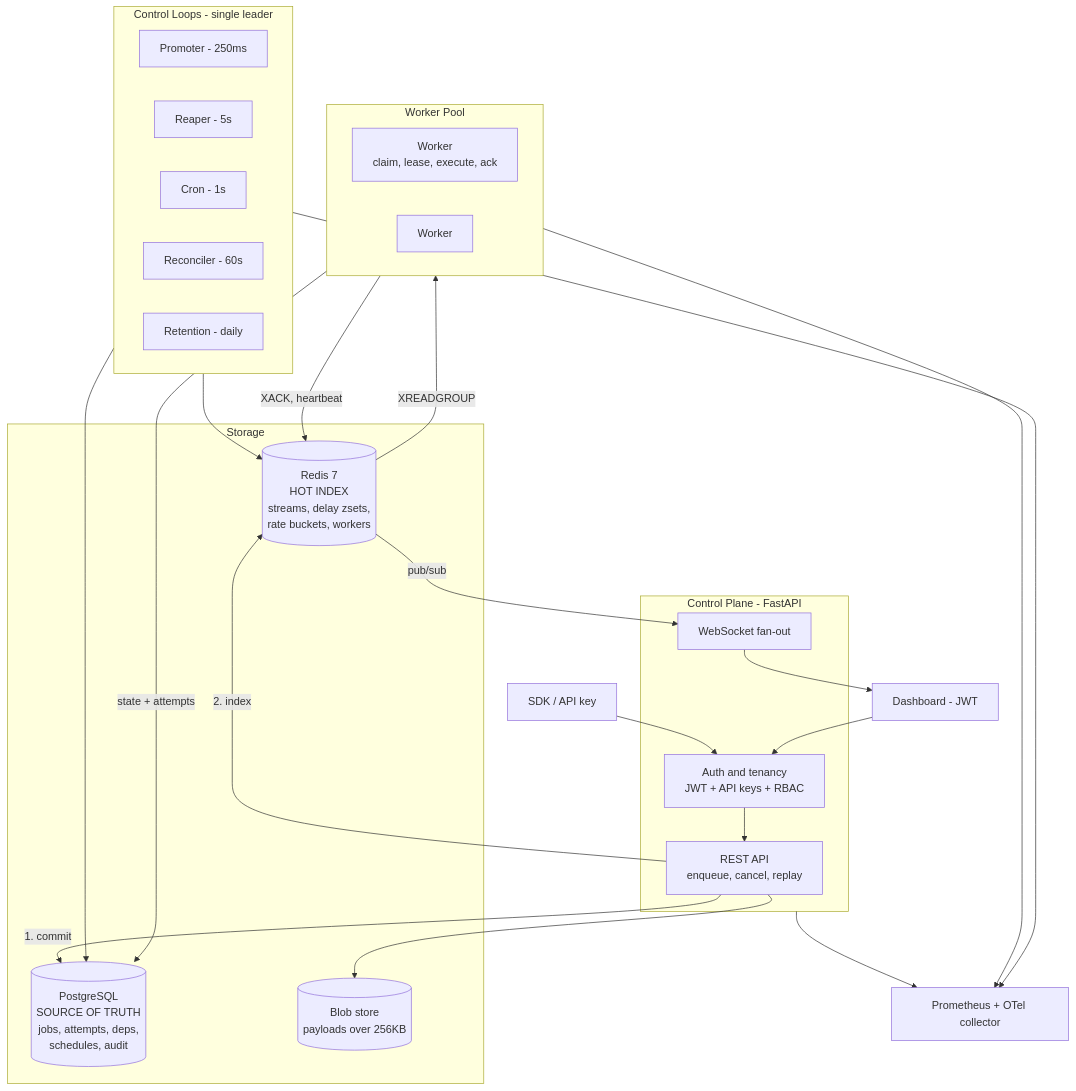
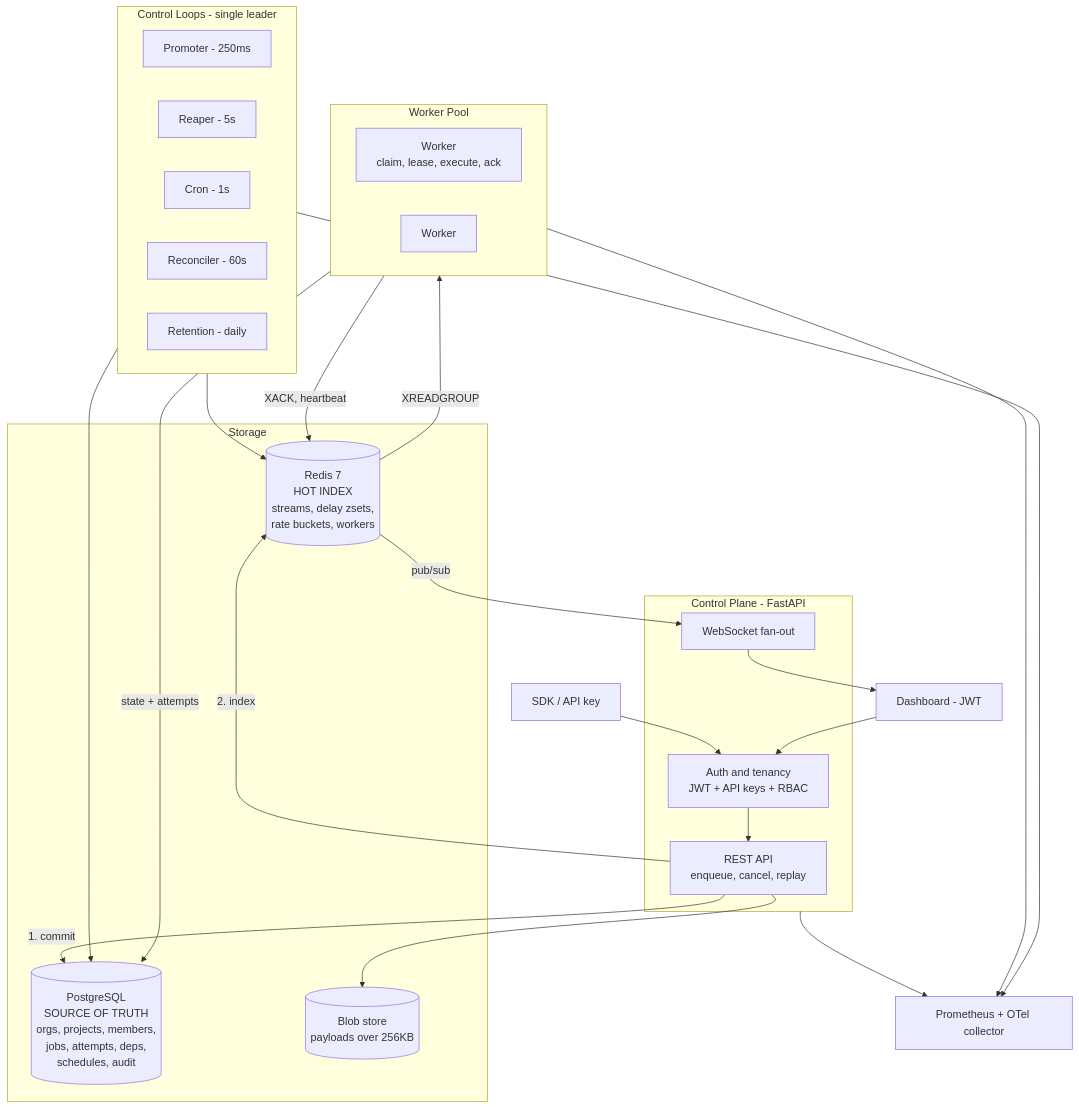
Before and after one commit to SidduHG/Relay: the diagram in ARCHITECTURE.md, drawn with Mermaid. The commit also changed other lines of this file and 1 other file, not shown here.

Commit message:
docs: fold the organization tier into the spec's F1 and scope sections
F1 previously described a flat users-to-projects model. It now carries
the org tier the auth plan builds:

- organizations, global users, and two role scopes (org governs the
  organization, project governs the data)
- the load-bearing rule that an org role grants zero data access
- invitations as an explicit step, single-use and hashed at rest
- escalation guards, and 404-vs-403 extended across organizations
- scoping now requires RLS and a scoped repository, not either/or

The out-of-scope list said "billing, quotas and hosted multi-org", which
contradicted shipping the tier. Split into what is genuinely deferred
(metering, staff administration, SSO) and moved hosted multi-org
operation to "deferred but seamed for", where it belongs now that the
schema supports it.

ARCHITECTURE.md's Postgres node and layer table were stale on tenancy.

````diff
--- a/ARCHITECTURE.md
+++ b/ARCHITECTURE.md
@@ -9,52 +9,52 @@
 ```mermaid
 flowchart TB
     SDK["SDK / API key"]
     UI["Dashboard - JWT"]
 
     subgraph CP["Control Plane - FastAPI"]
         API["REST API<br/>enqueue, cancel, replay"]
         AUTH["Auth and tenancy<br/>JWT + API keys + RBAC"]
         WS["WebSocket fan-out"]
     end
 
     subgraph STORE["Storage"]
-        PG[("PostgreSQL<br/>SOURCE OF TRUTH<br/>jobs, attempts, deps,<br/>schedules, audit")]
+        PG[("PostgreSQL<br/>SOURCE OF TRUTH<br/>orgs, projects, members,<br/>jobs, attempts, deps,<br/>schedules, audit")]
         RD[("Redis 7<br/>HOT INDEX<br/>streams, delay zsets,<br/>rate buckets, workers")]
         BLOB[("Blob store<br/>payloads over 256KB")]
     end
 
     subgraph LOOPS["Control Loops - single leader"]
         PR["Promoter - 250ms"]
         RP["Reaper - 5s"]
         CR["Cron - 1s"]
         RC["Reconciler - 60s"]
         RT["Retention - daily"]
     end
 
     subgraph WP["Worker Pool"]
         W1["Worker<br/>claim, lease, execute, ack"]
         W2["Worker"]
     end
 
     OBS["Prometheus + OTel collector"]
 
     SDK --> AUTH
     UI --> AUTH
     AUTH --> API
     API -->|"1. commit"| PG
     API -->|"2. index"| RD
     API --> BLOB
     WS --> UI
     RD -->|pub/sub| WS
 
     LOOPS --> PG
     LOOPS --> RD
 
     RD -->|XREADGROUP| WP
     WP -->|"state + attempts"| PG
     WP -->|"XACK, heartbeat"| RD
 
     CP --> OBS
     WP --> OBS
     LOOPS --> OBS
 ```
````
